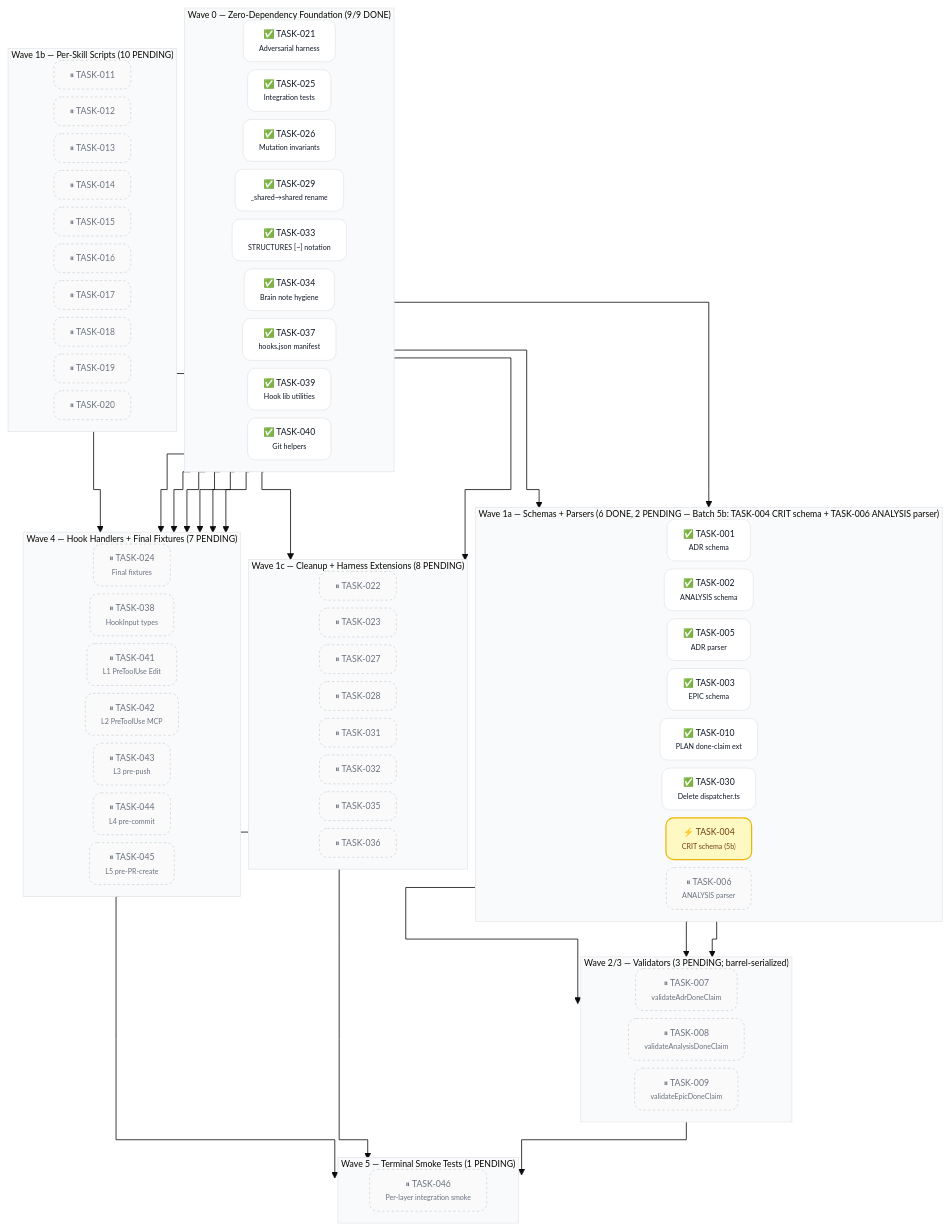
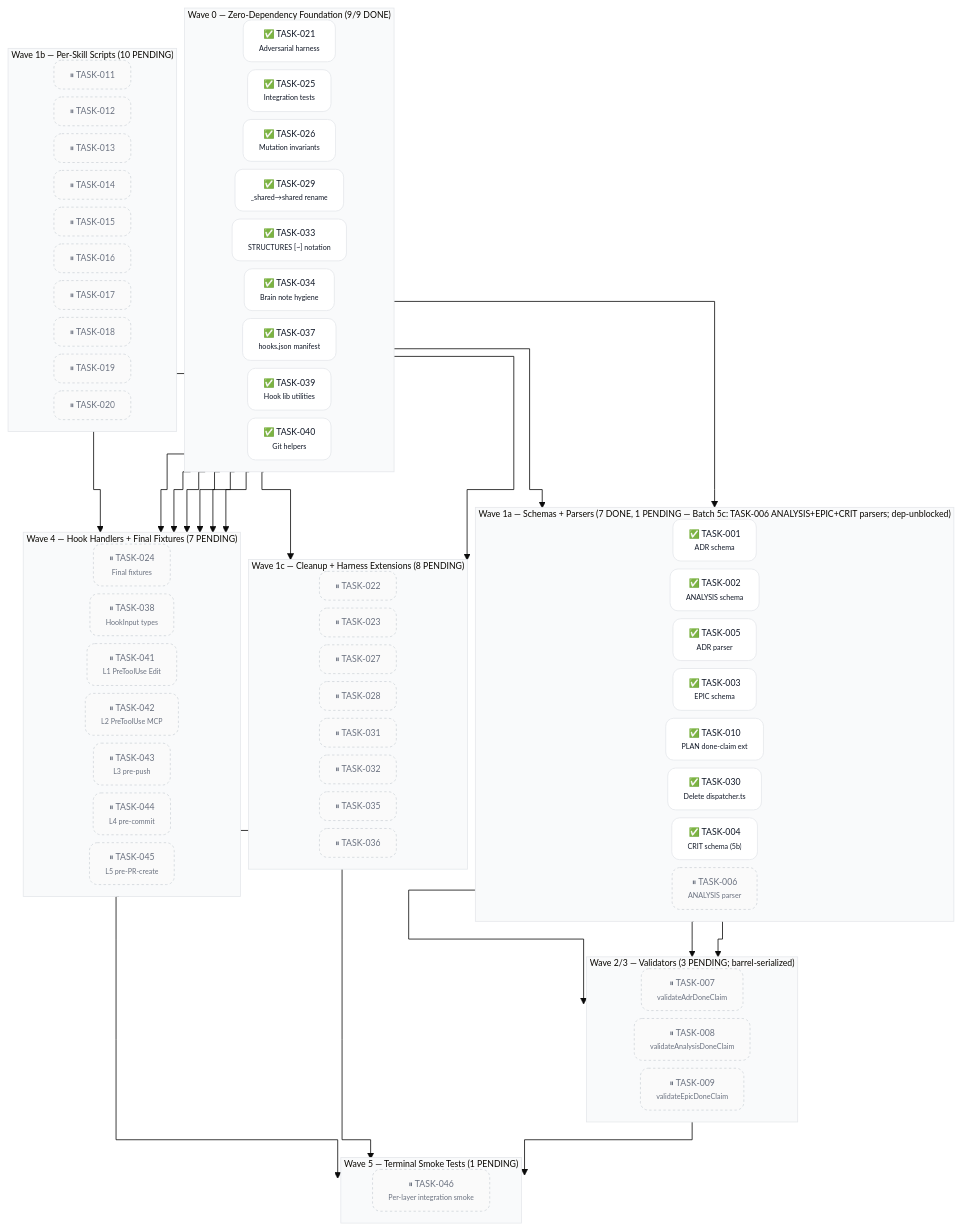
Before and after one commit to acmelabs-15/skills: the second of 2 diagrams in docs/planning/PLAN-001-skills-ecosystem.md, drawn with Mermaid. The commit also changed other lines of this file and 5 other files, not shown here.

First line of the commit message:
build(SPEC-008): Batch 5b CLOSED — qa-004 PASS; 16/46 DONE (Event 73)

````diff
--- a/docs/planning/PLAN-001-skills-ecosystem.md
+++ b/docs/planning/PLAN-001-skills-ecosystem.md
@@ -169,7 +169,7 @@
     T040["✅ TASK-040<br/><span style='font-size:9px'>Git helpers</span>"]
   end
 
-  subgraph W1a ["Wave 1a — Schemas + Parsers (6 DONE, 2 PENDING — Batch 5b: TASK-004 CRIT schema + TASK-006 ANALYSIS parser)"]
+  subgraph W1a ["Wave 1a — Schemas + Parsers (7 DONE, 1 PENDING — Batch 5c: TASK-006 ANALYSIS+EPIC+CRIT parsers; dep-unblocked)"]
     direction LR
     T001["✅ TASK-001<br/><span style='font-size:9px'>ADR schema</span>"]
     T002["✅ TASK-002<br/><span style='font-size:9px'>ANALYSIS schema</span>"]
@@ -177,7 +177,7 @@
     T003["✅ TASK-003<br/><span style='font-size:9px'>EPIC schema</span>"]
     T010["✅ TASK-010<br/><span style='font-size:9px'>PLAN done-claim ext</span>"]
     T030["✅ TASK-030<br/><span style='font-size:9px'>Delete dispatcher.ts</span>"]
-    T004["⚡ TASK-004<br/><span style='font-size:9px'>CRIT schema (5b)</span>"]
+    T004["✅ TASK-004<br/><span style='font-size:9px'>CRIT schema (5b)</span>"]
     T006["⏸ TASK-006<br/><span style='font-size:9px'>ANALYSIS parser</span>"]
   end
 
@@ -252,7 +252,6 @@
   T009 --> T046
   T045 --> T046
 
-  class T001,T002,T003,T005,T010,T021,T025,T026,T029,T030,T033,T034,T037,T039,T040 done
-  class T004 inprogress
+  class T001,T002,T003,T004,T005,T010,T021,T025,T026,T029,T030,T033,T034,T037,T039,T040 done
   class T006,T007,T008,T009,T011,T012,T013,T014,T015,T016,T017,T018,T019,T020,T022,T023,T024,T027,T028,T031,T032,T035,T036,T038,T041,T042,T043,T044,T045,T046 pending
 ```
````
